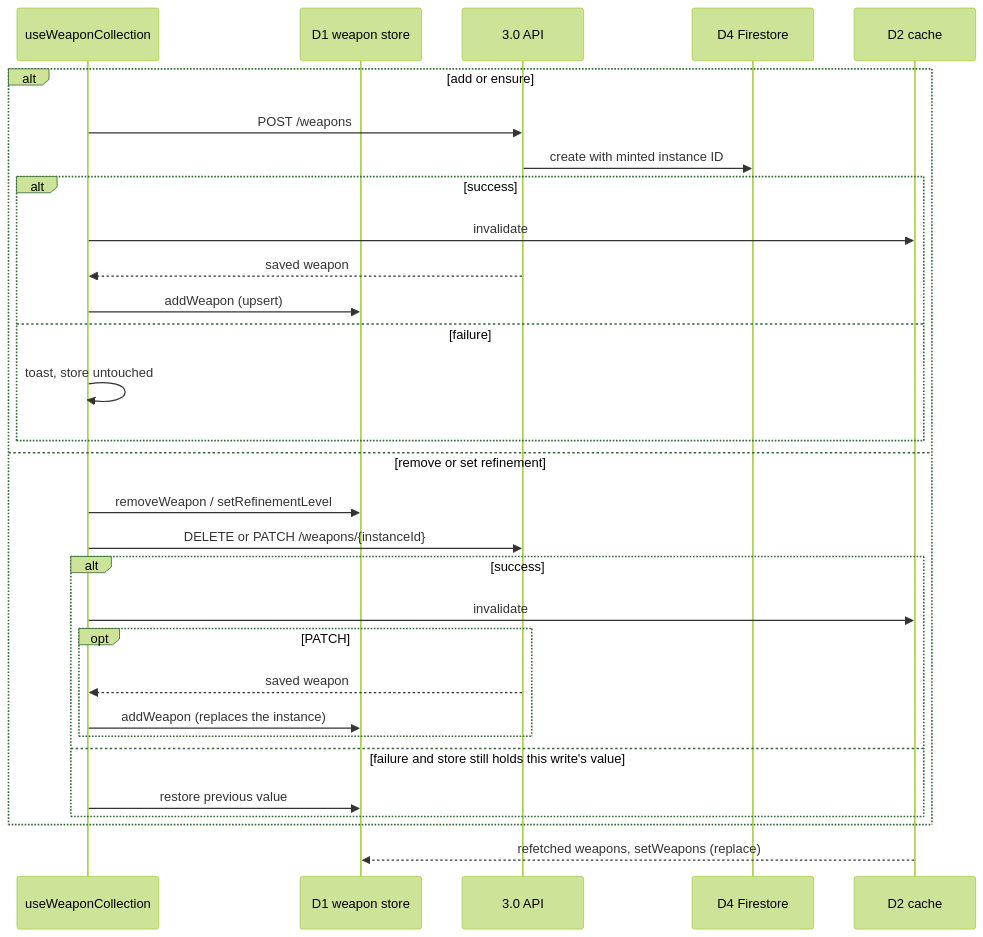
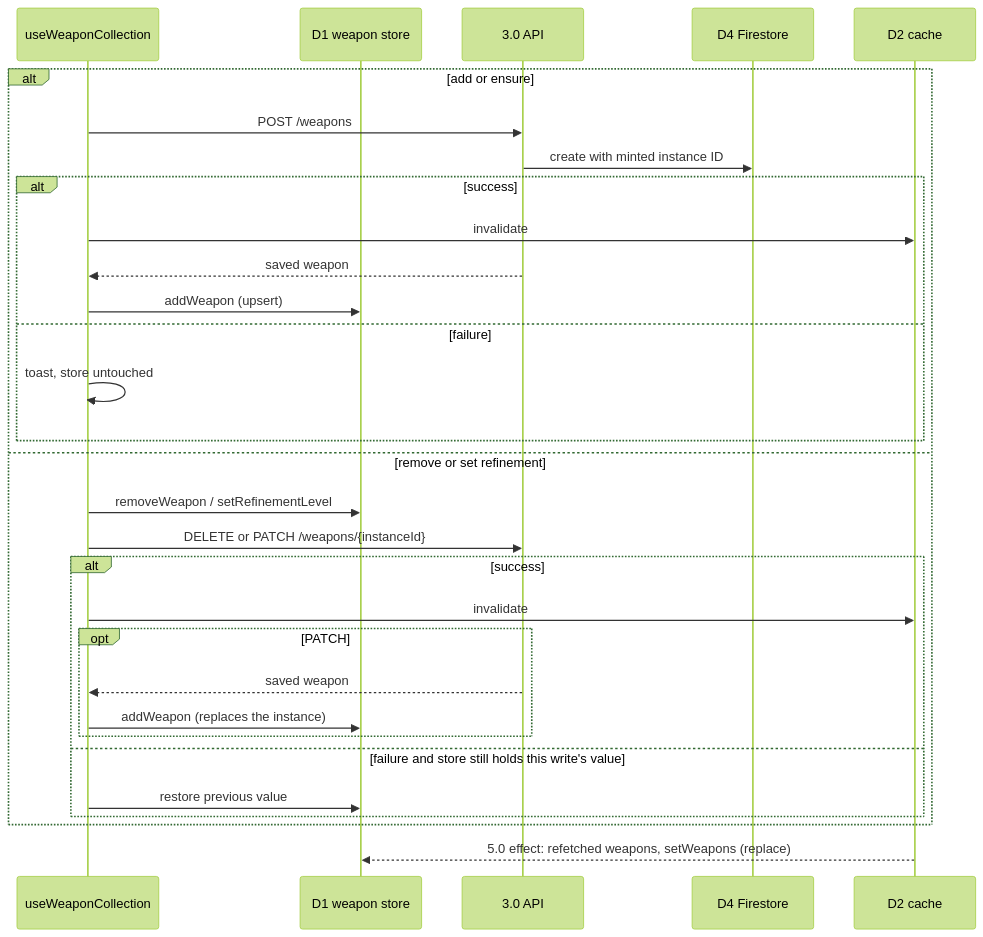
One commit to dungeon-studio/genshin.dungeon.studio changed the fourth of 6 diagrams in docs/explanation/understanding-data-flow.md. Above: the diagram before and after it, drawn with Mermaid (forest theme). The commit also changed other lines of this file and 1 other file, not shown here.

First line of the commit message:
docs: refactor the data flow doc for one name per idea

````diff
--- a/docs/explanation/understanding-data-flow.md
+++ b/docs/explanation/understanding-data-flow.md
@@ -208,33 +207,33 @@
 ```mermaid
 sequenceDiagram
   participant Hook as useWeaponCollection
   participant Store as D1 weapon store
   participant API as 3.0 API
   participant FS as D4 Firestore
   participant Cache as D2 cache
 
   alt add or ensure
     Hook->>API: POST /weapons
     API->>FS: create with minted instance ID
     alt success
       Hook->>Cache: invalidate
       API-->>Hook: saved weapon
       Hook->>Store: addWeapon (upsert)
     else failure
       Hook->>Hook: toast, store untouched
     end
   else remove or set refinement
     Hook->>Store: removeWeapon / setRefinementLevel
     Hook->>API: DELETE or PATCH /weapons/{instanceId}
     alt success
       Hook->>Cache: invalidate
       opt PATCH
         API-->>Hook: saved weapon
         Hook->>Store: addWeapon (replaces the instance)
       end
     else failure and store still holds this write's value
       Hook->>Store: restore previous value
     end
   end
-  Cache-->>Store: refetched weapons, setWeapons (replace)
+  Cache-->>Store: 5.0 effect: refetched weapons, setWeapons (replace)
 ```
````
